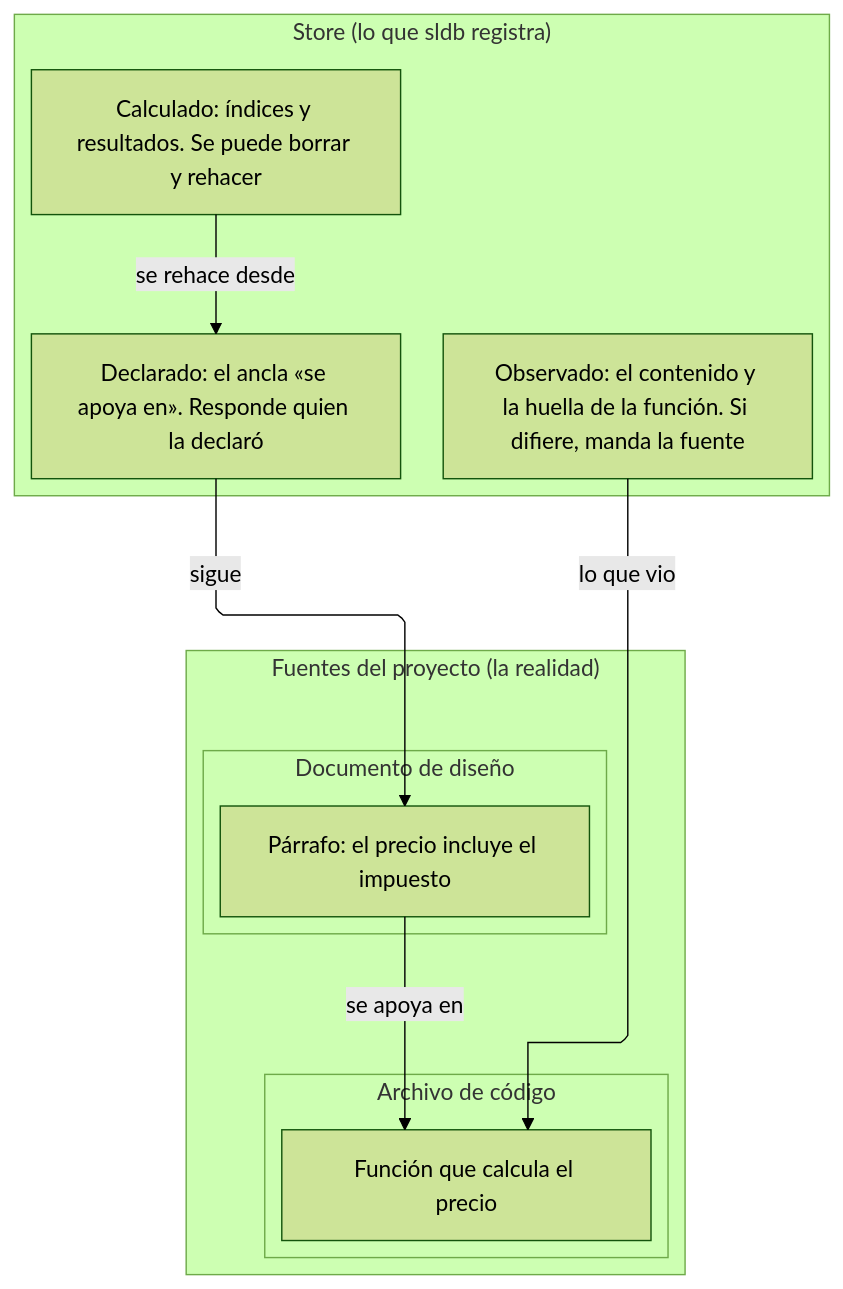
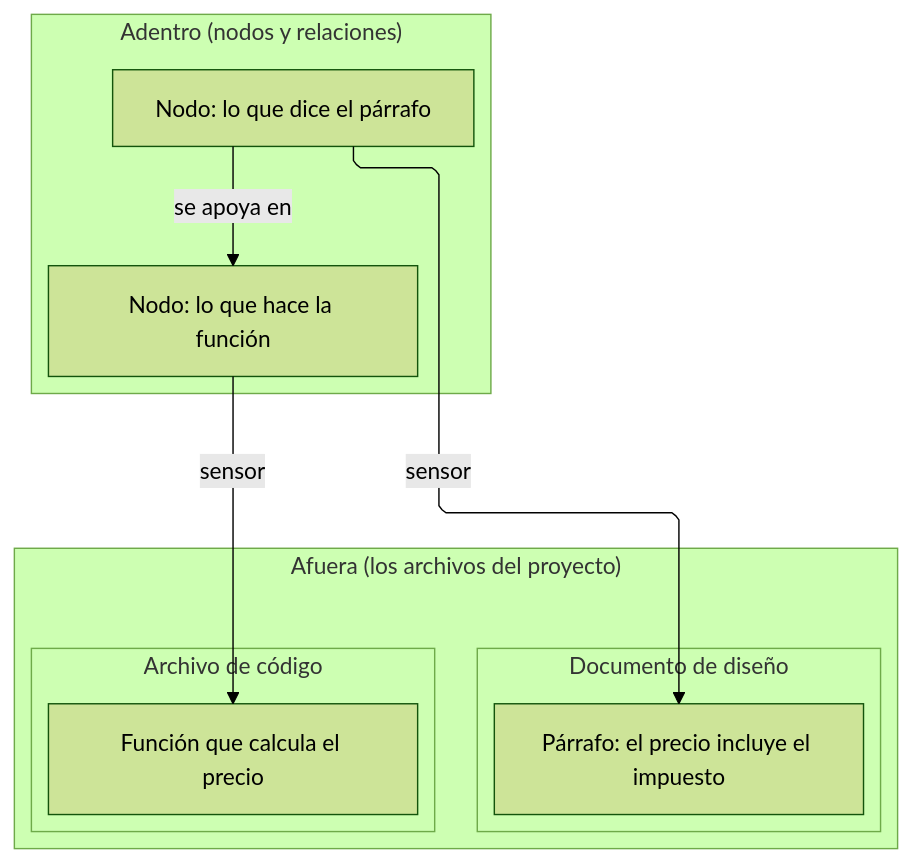
Before and after one commit to jpcosec/sldb: the diagram in docs/spec/principios/diagramas/component.ejemplo.mmd, drawn with Mermaid (forest theme). The commit also changed 2 other files, not shown here.

Commit message:
docs(spec): whitepaper reescrito de adentro hacia afuera [skip ci]

```diff
--- a/docs/spec/principios/diagramas/component.ejemplo.mmd
+++ b/docs/spec/principios/diagramas/component.ejemplo.mmd
@@ -1,25 +1,23 @@
 ---
 config:
   layout: elk
   flowchart:
     curve: linear
 ---
 %% specir: generated from docs/spec/principios/diagramas/component.ejemplo.yml; do not edit, run `sldb notations validate docs/spec/principios/diagramas/component.ejemplo.yml` and re-render
 flowchart TD
-    subgraph Proyecto ["Fuentes del proyecto (la realidad)"]
+    subgraph Afuera ["Afuera (los archivos del proyecto)"]
         subgraph Documento ["Documento de diseño"]
             Parrafo["Párrafo: el precio incluye el impuesto"]
         end
         subgraph Codigo ["Archivo de código"]
             Funcion["Función que calcula el precio"]
         end
     end
-    subgraph Store ["Store (lo que sldb registra)"]
-        Declarado["Declarado: el ancla «se apoya en». Responde quien la declaró"]
-        Observado["Observado: el contenido y la huella de la función. Si difiere, manda la fuente"]
-        Calculado["Calculado: índices y resultados. Se puede borrar y rehacer"]
+    subgraph Adentro ["Adentro (nodos y relaciones)"]
+        NodoParrafo["Nodo: lo que dice el párrafo"]
+        NodoFuncion["Nodo: lo que hace la función"]
     end
-    Parrafo -->|"se apoya en"| Funcion
-    Declarado -->|"sigue"| Parrafo
-    Observado -->|"lo que vio"| Funcion
-    Calculado -->|"se rehace desde"| Declarado
+    NodoParrafo -->|"se apoya en"| NodoFuncion
+    NodoParrafo -->|"sensor"| Parrafo
+    NodoFuncion -->|"sensor"| Funcion
```
